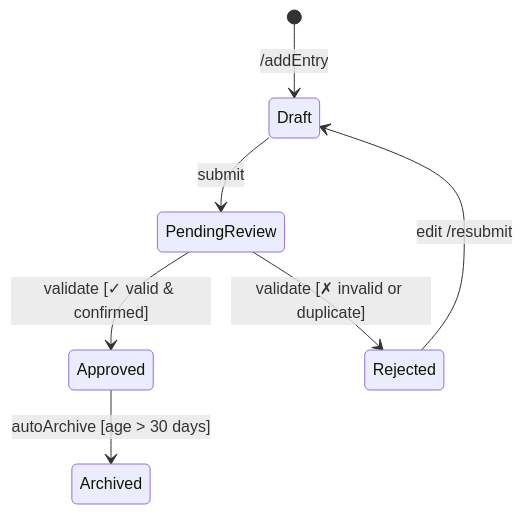
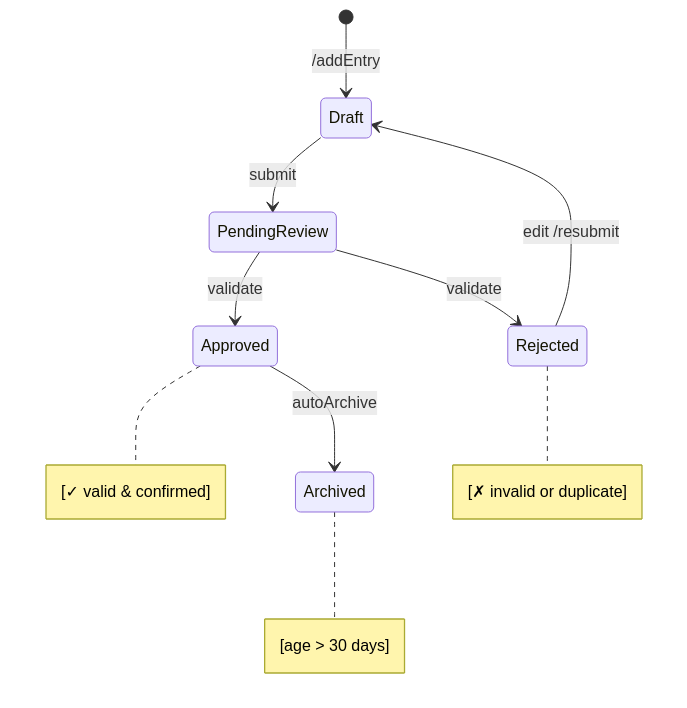
Before and after one commit to NdumisoCPUT/informal-business-management: the second of 2 diagrams in State_Transition_Diagrams.md, drawn with Mermaid.

````diff
--- a/State_Transition_Diagrams.md
+++ b/State_Transition_Diagrams.md
@@ -20,14 +20,21 @@
 ```mermaid
 stateDiagram-v2
     [*] --> Draft : /addEntry
 
     Draft --> PendingReview : submit
-    PendingReview --> Approved : validate [✓ valid & confirmed]
-    PendingReview --> Rejected : validate [✗ invalid or duplicate]
+
+    PendingReview --> Approved : validate  
+    note right of Approved : [✓ valid & confirmed]
+
+    PendingReview --> Rejected : validate  
+    note right of Rejected : [✗ invalid or duplicate]
 
     Rejected --> Draft : edit /resubmit
-    Approved --> Archived : autoArchive [age > 30 days]
+
+    Approved --> Archived : autoArchive  
+    note right of Archived : [age > 30 days]
+
 
 
 
 ```
````
